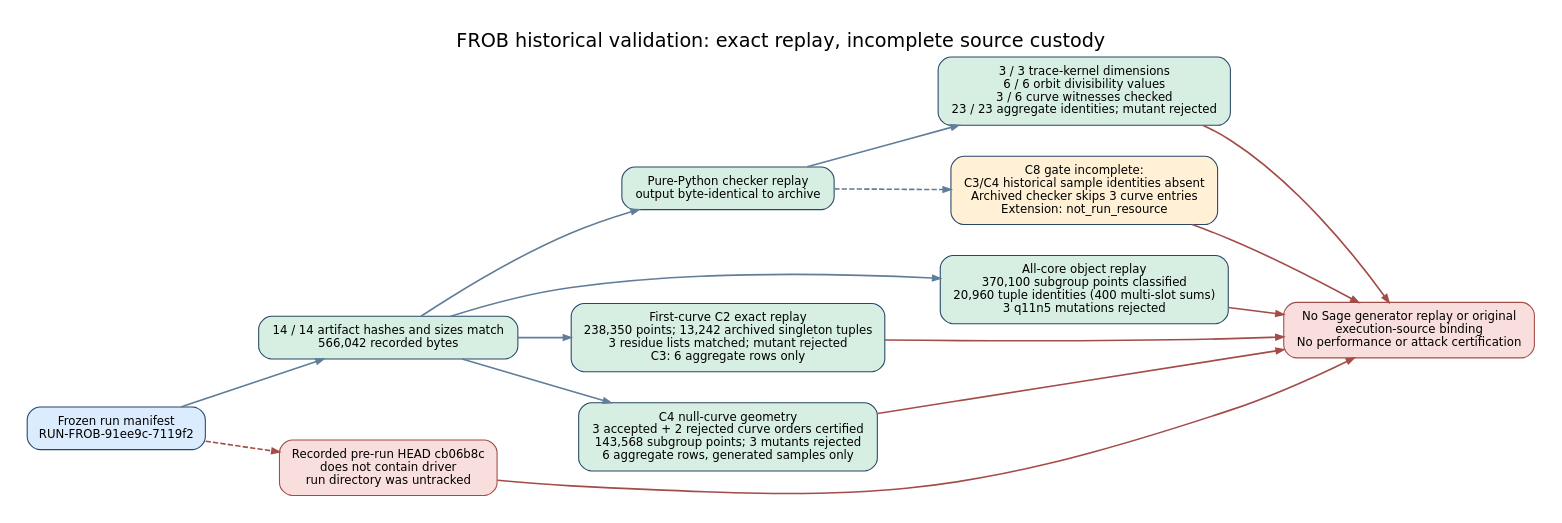
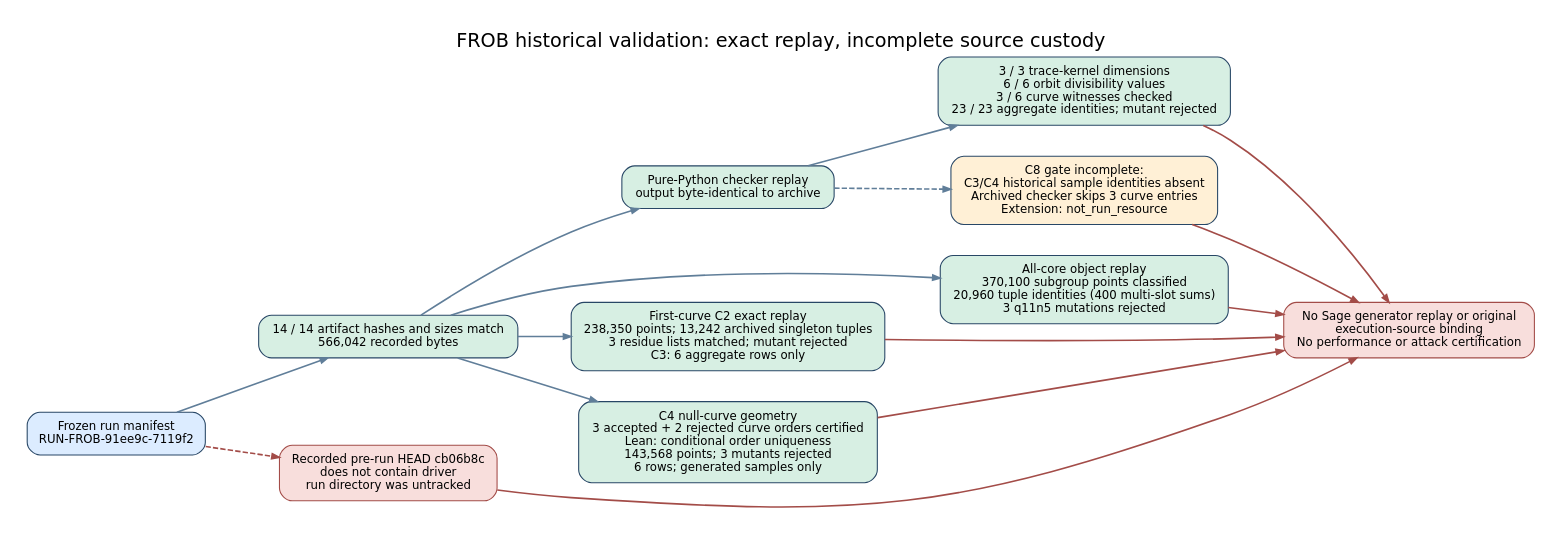
One commit to aburan28/crypto-autoresearcher changed the diagram in docs/reports/2026-10-22-frob-provenance-audit/audit.dot. Above: the diagram before and after it, drawn with Graphviz. The commit also changed 8 other files, not shown here.

```diff
--- a/docs/reports/2026-10-22-frob-provenance-audit/audit.dot
+++ b/docs/reports/2026-10-22-frob-provenance-audit/audit.dot
@@ -1,24 +1,24 @@
 digraph frob_audit {
   graph [rankdir=LR, bgcolor="white", pad="0.25", nodesep="0.4", ranksep="0.7", fontname="DejaVu Sans", fontsize=18, label="FROB historical validation: exact replay, incomplete source custody", labelloc=t];
   node [shape=box, style="rounded,filled", color="#284766", fillcolor="#e7f1fb", fontname="DejaVu Sans", fontsize=11, margin="0.16,0.11"];
   edge [color="#607e99", penwidth=1.5, arrowsize=0.7];
 
   manifest [label="Frozen run manifest\nRUN-FROB-91ee9c-7119f2", fillcolor="#dcecff"];
   artifacts [label="14 / 14 artifact hashes and sizes match\n566,042 recorded bytes", fillcolor="#d7efe3"];
   checker [label="Pure-Python checker replay\noutput byte-identical to archive", fillcolor="#d7efe3"];
   checked [label="3 / 3 trace-kernel dimensions\n6 / 6 orbit divisibility values\n3 / 6 curve witnesses checked\n23 / 23 aggregate identities; mutant rejected", fillcolor="#d7efe3"];
   core [label="All-core object replay\n370,100 subgroup points classified\n20,960 tuple identities (400 multi-slot sums)\n3 q11n5 mutations rejected", fillcolor="#d7efe3"];
   controls [label="First-curve C2 exact replay\n238,350 points; 13,242 archived singleton tuples\n3 residue lists matched; mutant rejected\nC3: 6 aggregate rows only", fillcolor="#d7efe3"];
-  nulls [label="C4 null-curve geometry\n3 accepted + 2 rejected curve orders certified\n143,568 subgroup points; 3 mutants rejected\n6 aggregate rows, generated samples only", fillcolor="#d7efe3"];
+  nulls [label="C4 null-curve geometry\n3 accepted + 2 rejected curve orders certified\nLean: conditional order uniqueness\n143,568 points; 3 mutants rejected\n6 rows; generated samples only", fillcolor="#d7efe3"];
   partial [label="C8 gate incomplete:\nC3/C4 historical sample identities absent\nArchived checker skips 3 curve entries\nExtension: not_run_resource", fillcolor="#fff0d6"];
   source [label="Recorded pre-run HEAD cb06b8c\ndoes not contain driver\nrun directory was untracked", fillcolor="#f8dedc", color="#a34c48"];
   boundary [label="No Sage generator replay or original\nexecution-source binding\nNo performance or attack certification", fillcolor="#f8dedc", color="#a34c48"];
 
   manifest -> artifacts -> checker -> checked;
   artifacts -> core;
   artifacts -> controls;
   artifacts -> nulls;
   checker -> partial [style=dashed];
   manifest -> source [style=dashed, color="#a34c48"];
   {checked core controls nulls partial source} -> boundary [color="#a34c48"];
 }
```
